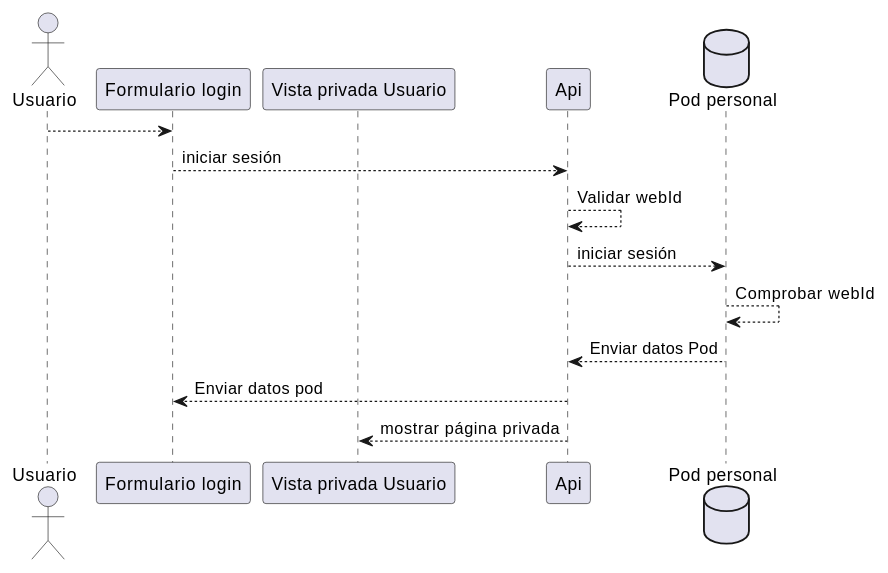
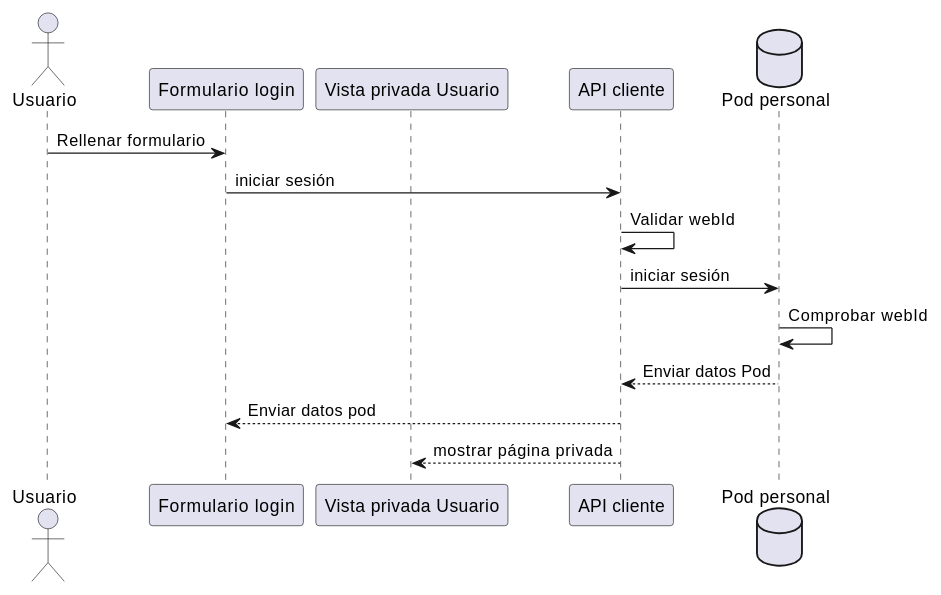
The third of 8 diagrams in docs/06_runtime_view.adoc (Arquisoft/lomap_es5a), drawn with PlantUML before and after one commit. The commit also changed other lines of this file, not shown here.

First line of the commit message:
docs: actualización de los diagramas del apartado 6 #38

```diff
--- a/docs/06_runtime_view.adoc
+++ b/docs/06_runtime_view.adoc
@@ -8,16 +62,16 @@
-[plantuml, "diagrama-inicio-sesion", png]
+[plantuml,"runtime-6-2-1",svg]
 ----
 actor Usuario
 participant form as "Formulario login"
 participant personal as "Vista privada Usuario"
-participant Api
+participant Api as "API cliente"
 database Pod as "Pod personal"
-Usuario --> form:
-form  --> Api: iniciar sesión
-Api --> Api: Validar webId
-Api --> Pod: iniciar sesión
-Pod --> Pod: Comprobar webId
+Usuario -> form: Rellenar formulario
+form -> Api: iniciar sesión
+Api -> Api: Validar webId
+Api -> Pod: iniciar sesión
+Pod -> Pod: Comprobar webId
 Pod --> Api: Enviar datos Pod
 Api --> form: Enviar datos pod
 Api --> personal: mostrar página privada
 ----
```
